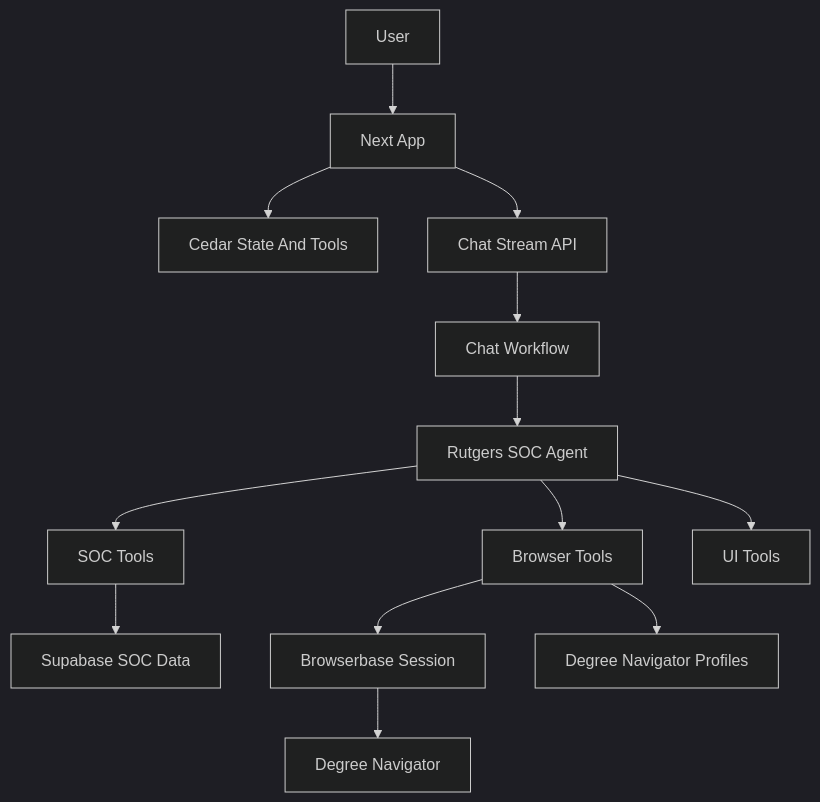
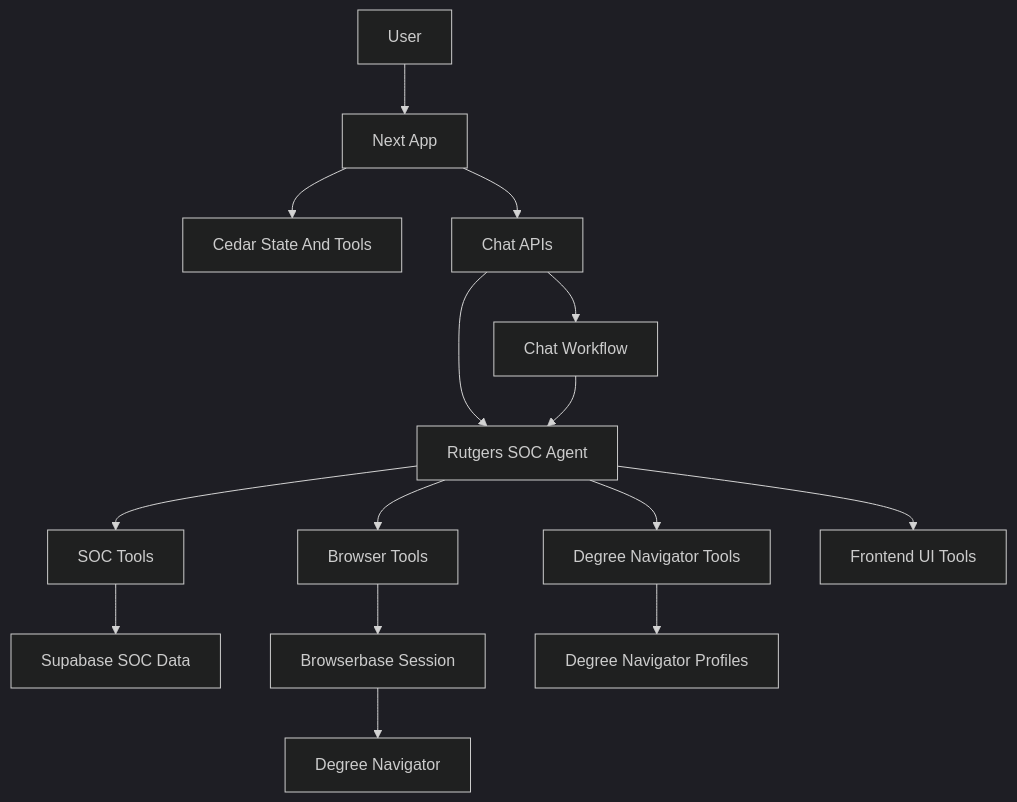
The diagram in cedar-mastra-agent/HARNESS.md (adamya-singh/rutgers-soc-mastra-agent), drawn with Mermaid (dark theme) before and after one commit. The commit also changed other lines of this file and 6 other files, not shown here.

````diff
--- a/cedar-mastra-agent/HARNESS.md
+++ b/cedar-mastra-agent/HARNESS.md
@@ -9,15 +9,17 @@
 ```mermaid
 flowchart TD
   user[User] --> frontend[Next App]
   frontend --> cedar[Cedar State And Tools]
-  frontend --> chatApi[Chat Stream API]
+  frontend --> chatApi[Chat APIs]
   chatApi --> workflow[Chat Workflow]
-  workflow --> agent[Rutgers SOC Agent]
+  chatApi --> agent[Rutgers SOC Agent]
+  workflow --> agent
   agent --> socTools[SOC Tools]
   agent --> browserTools[Browser Tools]
-  agent --> uiTools[UI Tools]
+  agent --> degreeNavigatorTools[Degree Navigator Tools]
+  agent --> uiTools[Frontend UI Tools]
   socTools --> supabase[Supabase SOC Data]
   browserTools --> browserbase[Browserbase Session]
   browserbase --> degreeNavigator[Degree Navigator]
-  browserTools --> degreeNavigatorProfiles[Degree Navigator Profiles]
+  degreeNavigatorTools --> degreeNavigatorProfiles[Degree Navigator Profiles]
 ```
````
